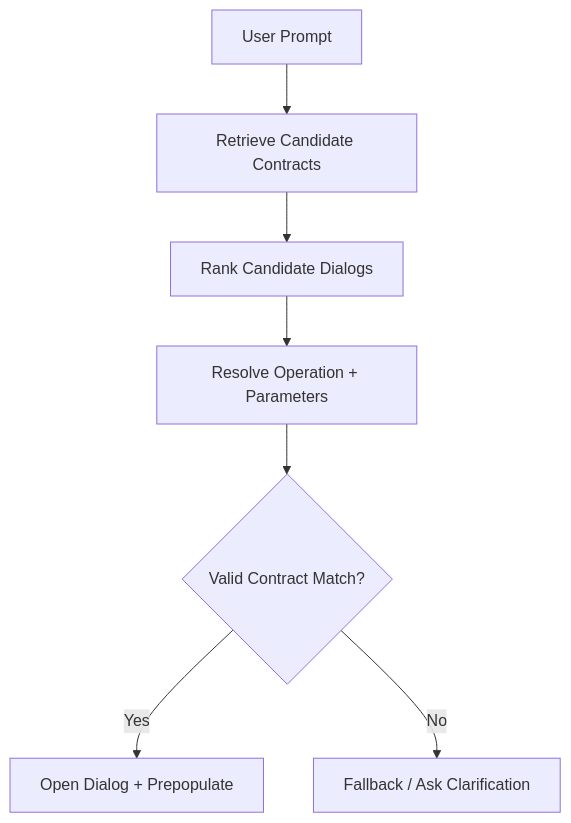
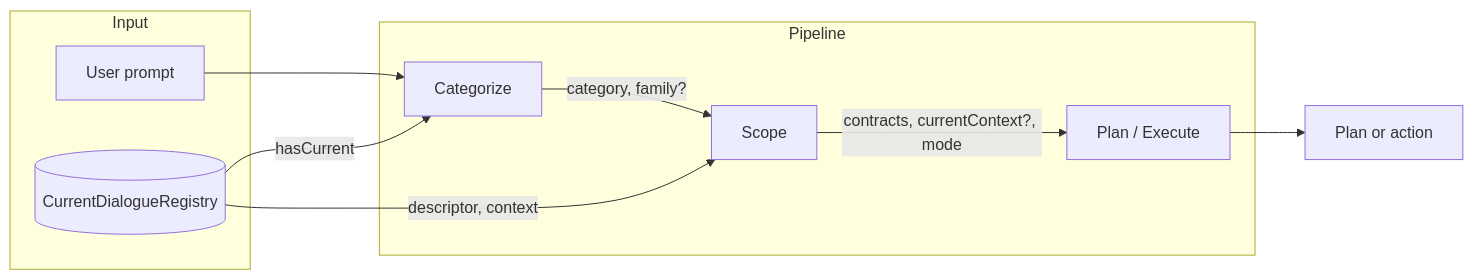
One commit to kisinga/R-Instat changed the first of 3 diagrams in electron-app/src/app/core/ai/docs/ai-integration.md. Above: the diagram before and after it, drawn with Mermaid. The commit also changed other lines of this file and 37 other files, not shown here.

Commit message:
Refactor AI integration by consolidating dialog contract retrieval and enhancing capability inventory. Introduce a unified dialog registry view for improved consistency checks and streamline dialog context retrieval. Update tests and documentation to reflect changes.

````diff
--- a/electron-app/src/app/core/ai/docs/ai-integration.md
+++ b/electron-app/src/app/core/ai/docs/ai-integration.md
@@ -23,9 +18,18 @@
 ```mermaid
-flowchart TD
-  A[User Prompt] --> B[Retrieve Candidate Contracts]
-  B --> C[Rank Candidate Dialogs]
-  C --> D[Resolve Operation + Parameters]
-  D --> E{Valid Contract Match?}
-  E -- Yes --> F[Open Dialog + Prepopulate]
-  E -- No --> G[Fallback / Ask Clarification]
+flowchart LR
+  subgraph Input
+    P[User prompt]
+    R[(CurrentDialogueRegistry)]
+  end
+  subgraph Pipeline
+    C[Categorize]
+    S[Scope]
+    E[Plan / Execute]
+  end
+  P --> C
+  R -->|hasCurrent| C
+  C -->|category, family?| S
+  R -->|descriptor, context| S
+  S -->|contracts, currentContext?, mode| E
+  E --> Out[Plan or action]
 ```
````
